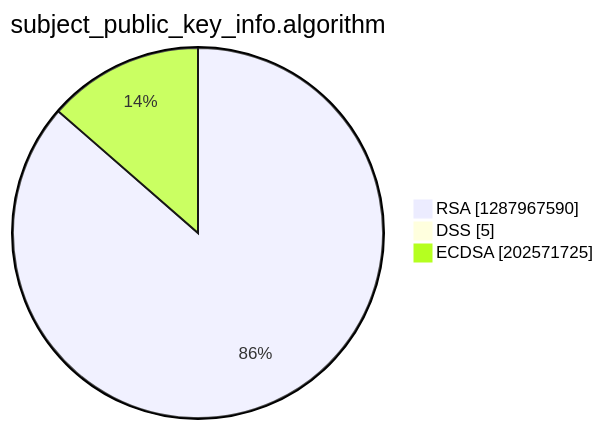
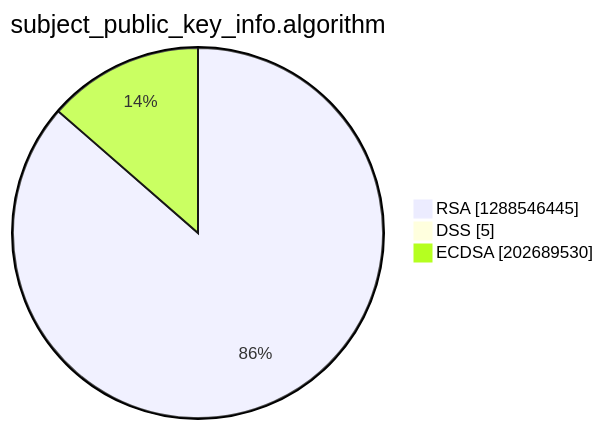
One commit to christiankrug/ctmonitor_visualization changed the third of 15 diagrams in argon2022/README.md. Above: the diagram before and after it, drawn with Mermaid. The commit also changed other lines of this file, not shown here.

````diff
--- a/argon2022/README.md
+++ b/argon2022/README.md
@@ -14,7 +14,7 @@
 ```mermaid
 pie showData
 title subject_public_key_info.algorithm
-"RSA" :1287967590
+"RSA" :1288546445
 "DSS" :5
-"ECDSA" :202571725
+"ECDSA" :202689530
 ```
````
